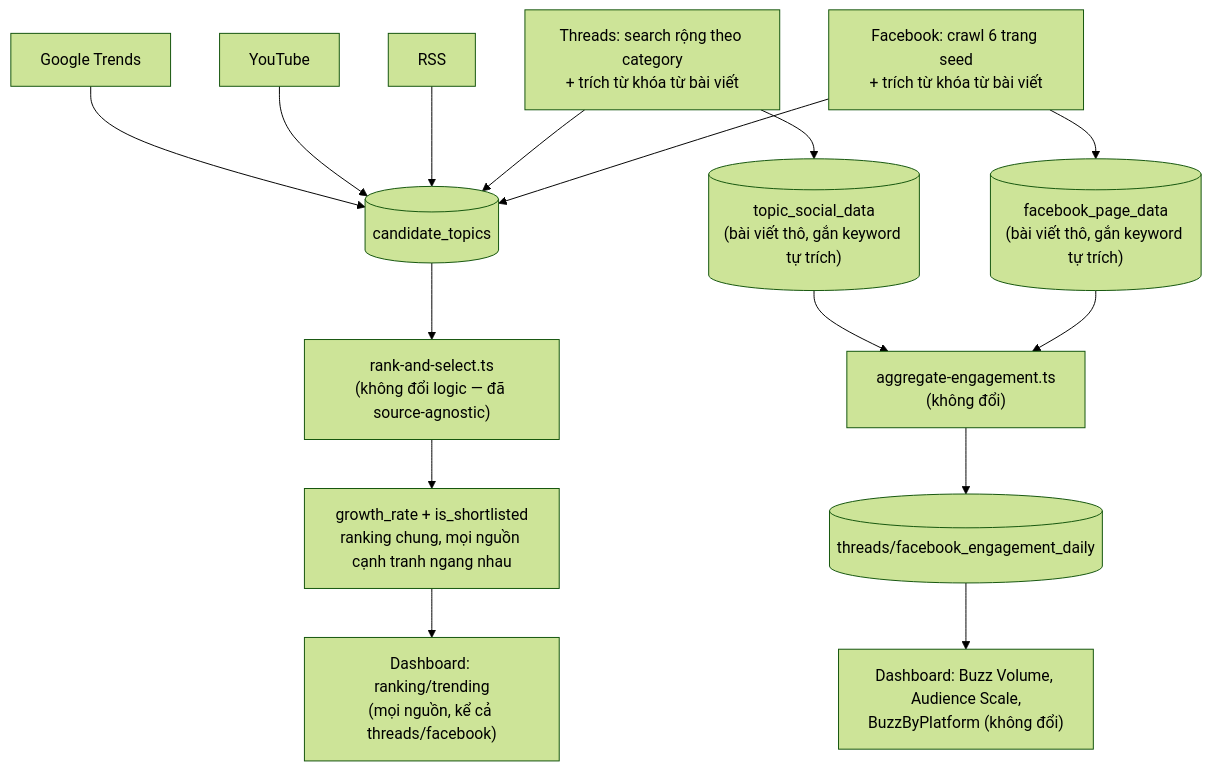
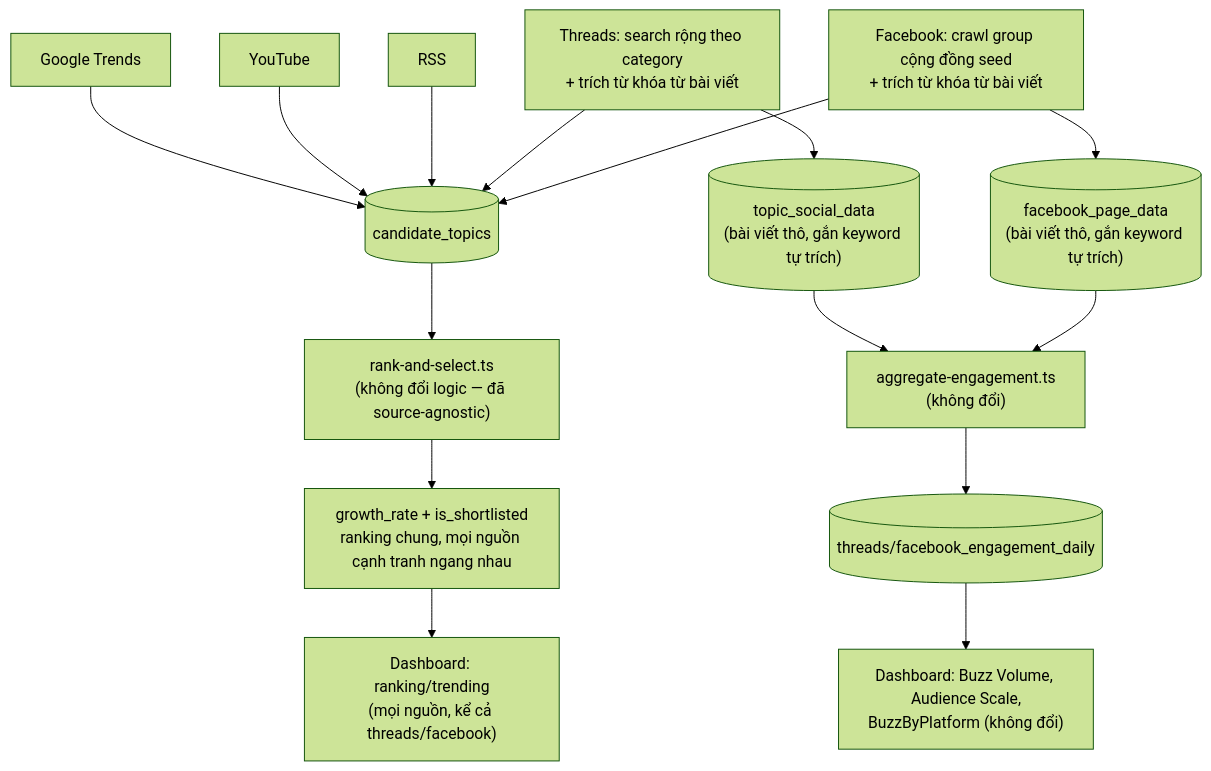
One commit to ThaoHienPhamNguyen/Social_Listening_Ver2 changed the diagram in docs/superpowers/specs/2026-09-04-apify-discovery-redesign.md. Above: the diagram before and after it, drawn with Mermaid (forest theme). The commit also changed other lines of this file, not shown here.

First line of the commit message:
docs: revise Facebook design to community groups (verified live) instead of brand pages

````diff
--- a/docs/superpowers/specs/2026-09-04-apify-discovery-redesign.md
+++ b/docs/superpowers/specs/2026-09-04-apify-discovery-redesign.md
@@ -28,19 +28,19 @@
 ```mermaid
 flowchart TD
     GT["Google Trends"] --> CT[("candidate_topics")]
     YT["YouTube"] --> CT
     RSS["RSS"] --> CT
     TH["Threads: search rộng theo category\n+ trích từ khóa từ bài viết"] --> CT
-    FB["Facebook: crawl 6 trang seed\n+ trích từ khóa từ bài viết"] --> CT
+    FB["Facebook: crawl group cộng đồng seed\n+ trích từ khóa từ bài viết"] --> CT
 
     CT --> RANK["rank-and-select.ts\n(không đổi logic — đã source-agnostic)"]
     RANK --> RANKED["growth_rate + is_shortlisted\nranking chung, mọi nguồn cạnh tranh ngang nhau"]
 
     TH --> TSD[("topic_social_data\n(bài viết thô, gắn keyword tự trích)")]
     FB --> FPD[("facebook_page_data\n(bài viết thô, gắn keyword tự trích)")]
     TSD --> ENG["aggregate-engagement.ts\n(không đổi)"]
     FPD --> ENG
     ENG --> ED[("threads/facebook_engagement_daily")]
     ED --> DASH["Dashboard: Buzz Volume, Audience Scale,\nBuzzByPlatform (không đổi)"]
     RANKED --> DASH2["Dashboard: ranking/trending\n(mọi nguồn, kể cả threads/facebook)"]
 ```
````
